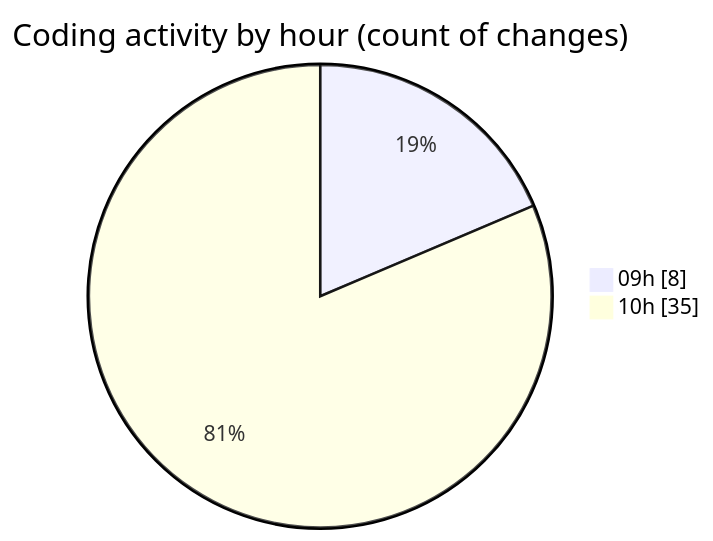
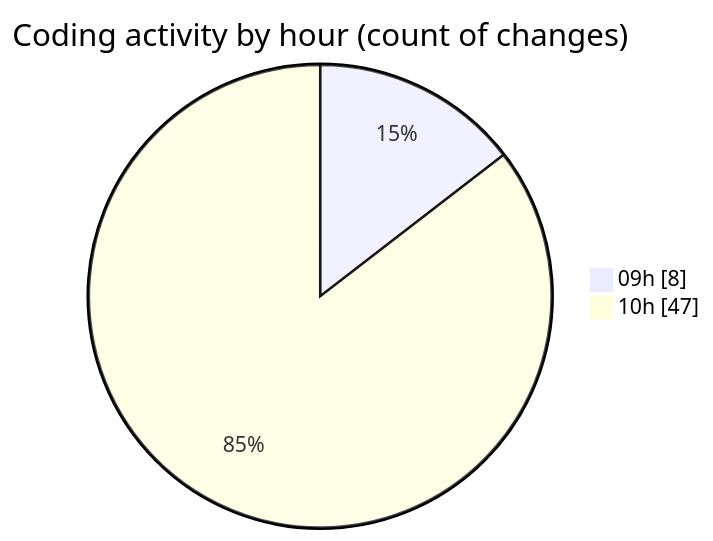
One commit to CELIANVF/code-tracking changed the second of 2 diagrams in 2025-06-03/ecodeli-1/README.md. Above: the diagram before and after it, drawn with Mermaid. The commit also changed other lines of this file and 1 other file, not shown here.

````diff
--- a/2025-06-03/ecodeli-1/README.md
+++ b/2025-06-03/ecodeli-1/README.md
@@ -54,6 +58,6 @@
 ```mermaid
 pie showData
 title Coding activity by hour (count of changes)
 "09h" : 8
-"10h" : 35
+"10h" : 47
 ```
````
